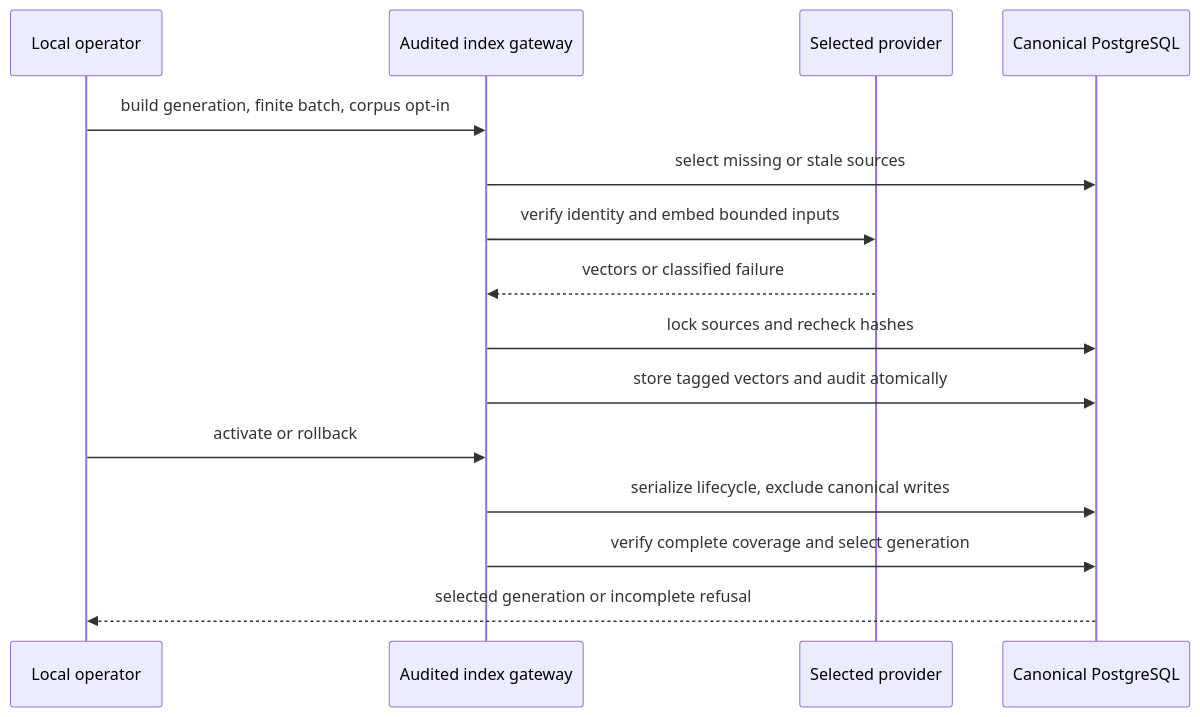
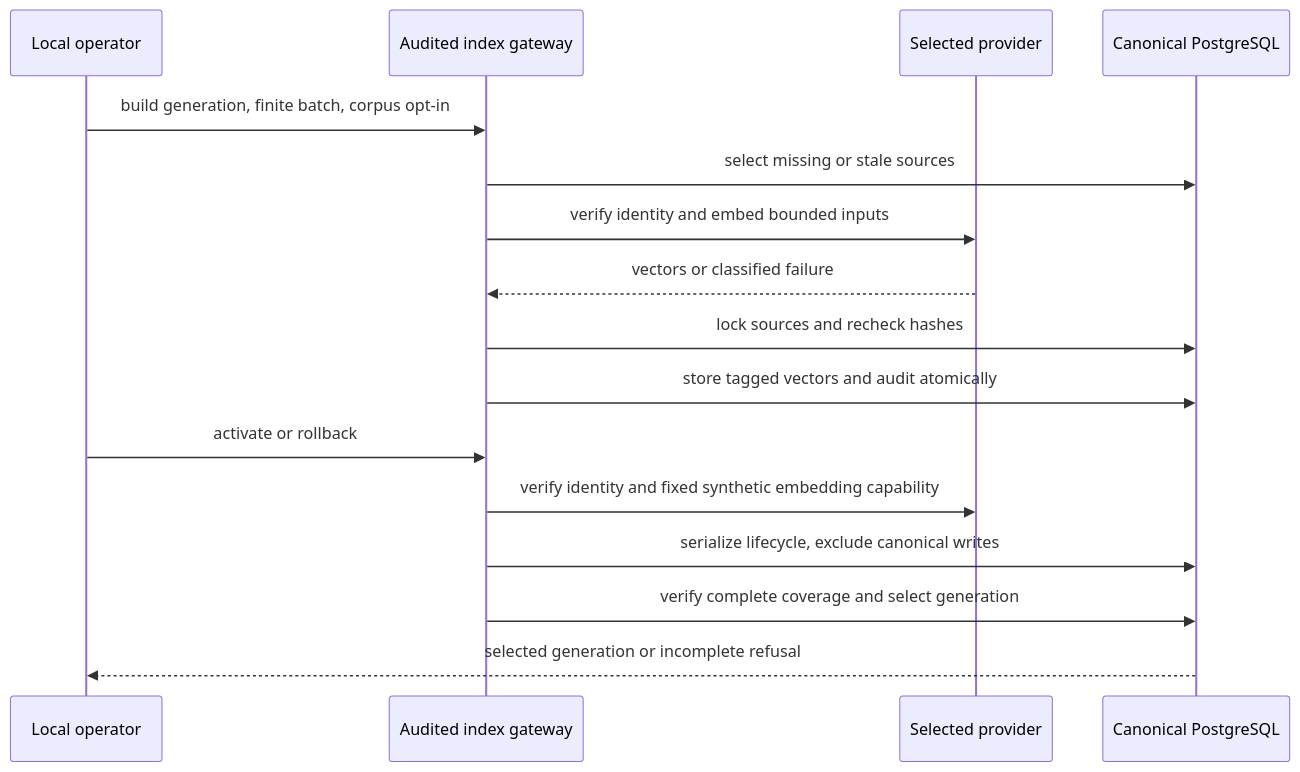
One commit to phense/agentic-rag changed the second of 2 diagrams in docs/uml/provider-indexes.md. Above: the diagram before and after it, drawn with Mermaid. The commit also changed other lines of this file and 18 other files, not shown here.

````diff
--- a/docs/uml/provider-indexes.md
+++ b/docs/uml/provider-indexes.md
@@ -28,17 +28,18 @@
 ```mermaid
 sequenceDiagram
     participant O as Local operator
     participant G as Audited index gateway
     participant P as Selected provider
     participant D as Canonical PostgreSQL
     O->>G: build generation, finite batch, corpus opt-in
     G->>D: select missing or stale sources
     G->>P: verify identity and embed bounded inputs
     P-->>G: vectors or classified failure
     G->>D: lock sources and recheck hashes
     G->>D: store tagged vectors and audit atomically
     O->>G: activate or rollback
+    G->>P: verify identity and fixed synthetic embedding capability
     G->>D: serialize lifecycle, exclude canonical writes
     G->>D: verify complete coverage and select generation
     D-->>O: selected generation or incomplete refusal
 ```
````
